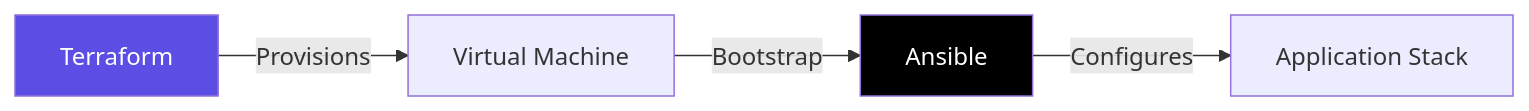
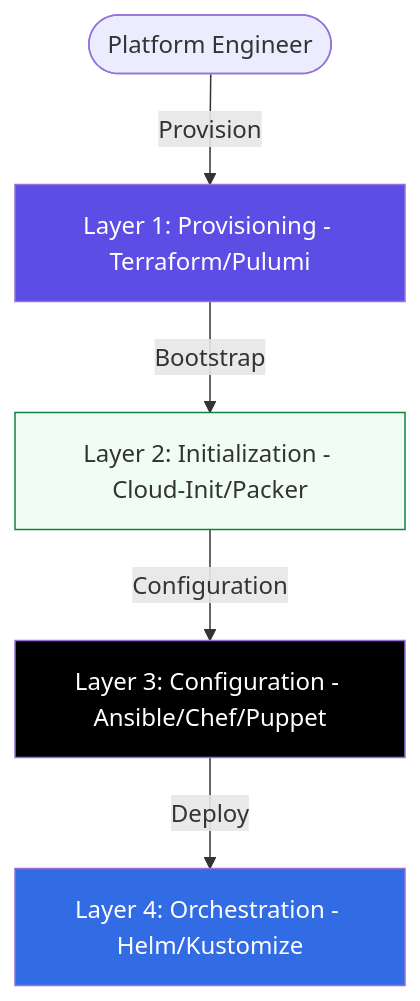
The diagram in 2-Intermediate/02-Phase-2/Part-1-Infrastructure-Automation/02-Config-Management/README.md (Ganil151/Devops), drawn with Mermaid before and after one commit. The commit also changed other lines of this file and 663 other files, not shown here.

````diff
--- a/2-Intermediate/02-Phase-2/Part-1-Infrastructure-Automation/02-Config-Management/README.md
+++ b/2-Intermediate/02-Phase-2/Part-1-Infrastructure-Automation/02-Config-Management/README.md
@@ -5,9 +11,12 @@
 ```mermaid
-graph LR
-    TF[Terraform] -->|Provisions| VM[Virtual Machine]
-    VM -->|Bootstrap| Ansible[Ansible]
-    Ansible -->|Configures| App[Application Stack]
+graph TD
+    User([Platform Engineer]) -->|Provision| TF[Layer 1: Provisioning - Terraform/Pulumi]
+    TF -->|Bootstrap| CI[Layer 2: Initialization - Cloud-Init/Packer]
+    CI -->|Configuration| AN[Layer 3: Configuration - Ansible/Chef/Puppet]
+    AN -->|Deploy| K8s[Layer 4: Orchestration - Helm/Kustomize]
     
     style TF fill:#5c4ee5,color:#fff
-    style Ansible fill:#000,color:#fff
+    style CI fill:#f0fdf4,stroke:#15803d
+    style AN fill:#000,color:#fff
+    style K8s fill:#326ce5,color:#fff
 ```
````
